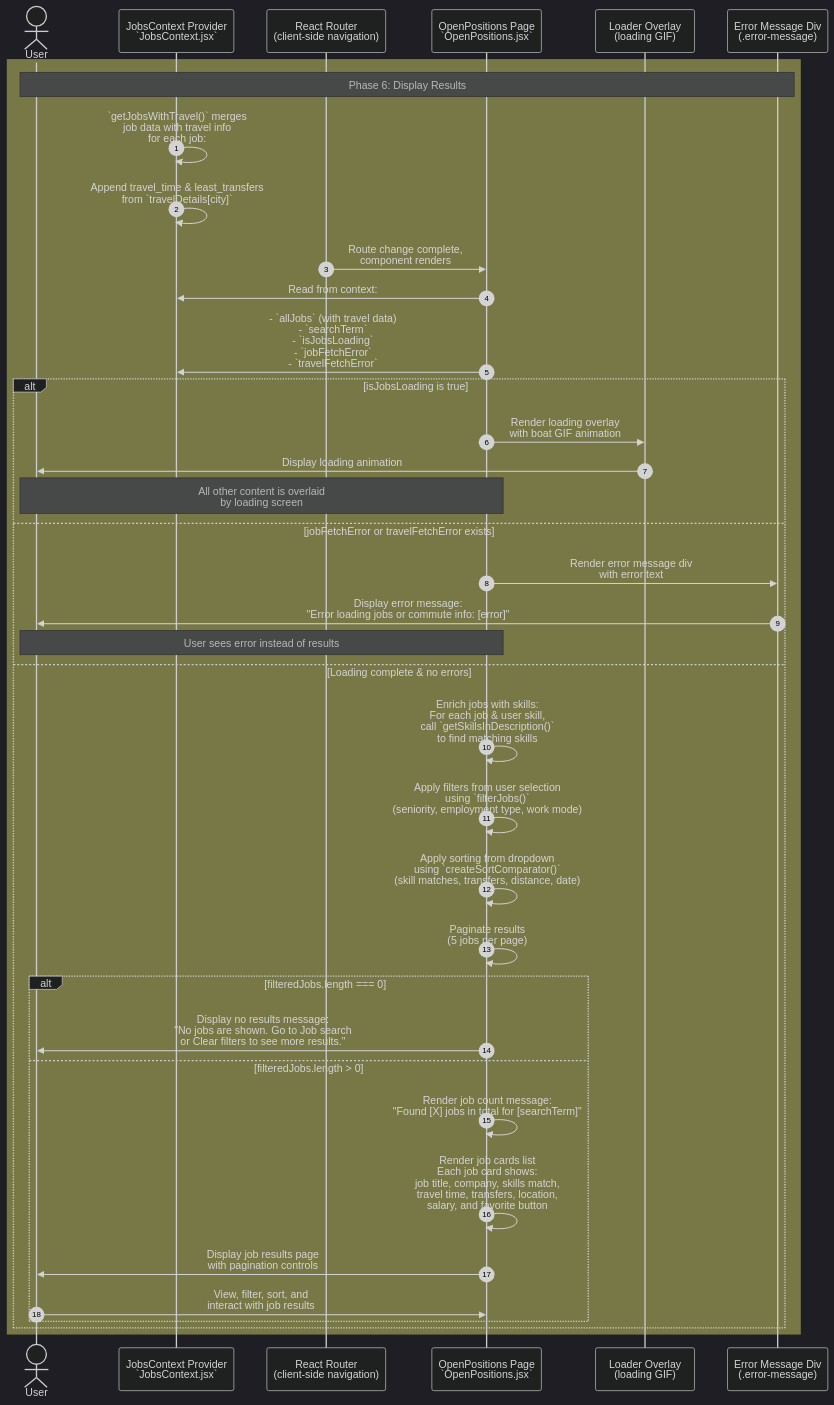
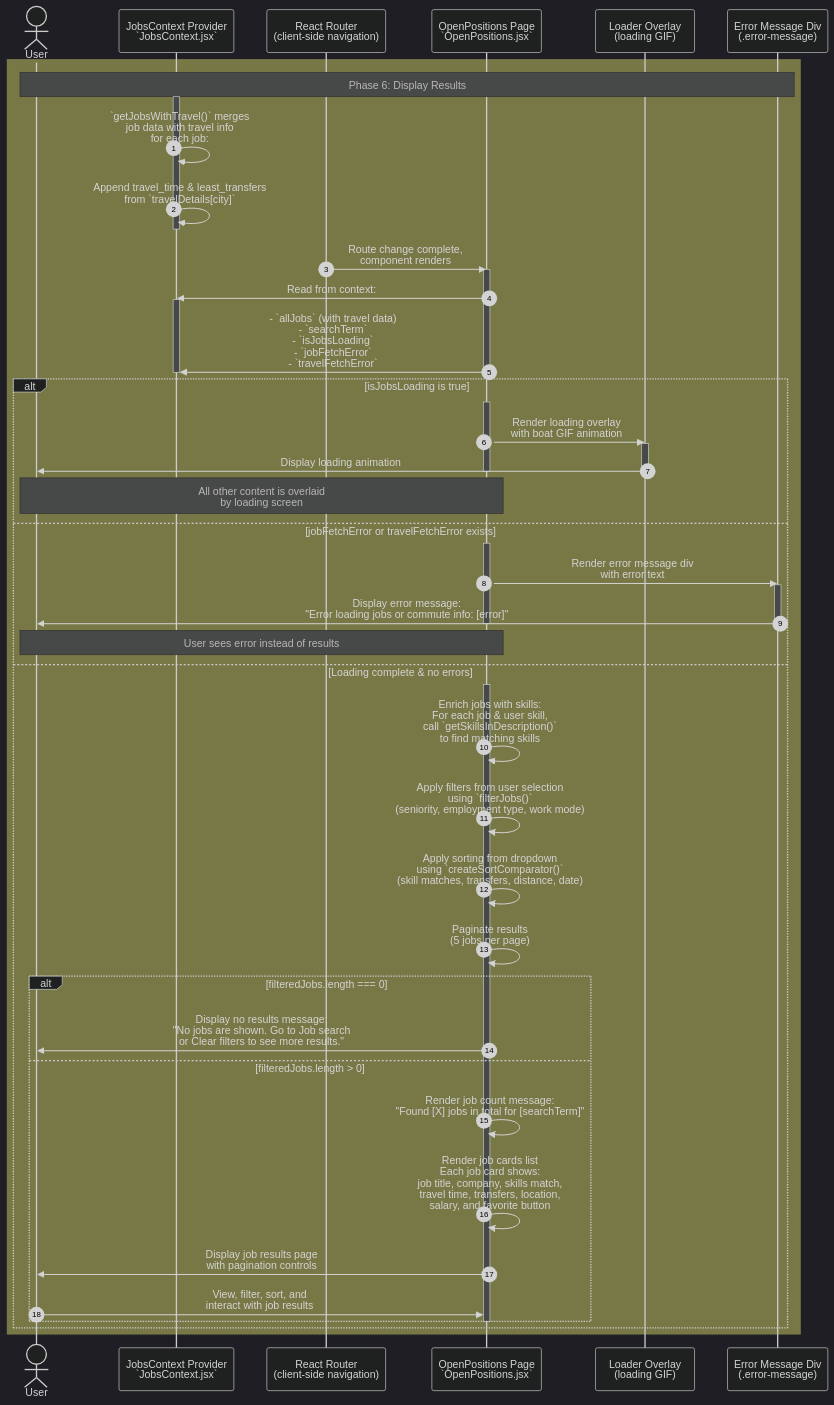
Before and after one commit to YahyaAl-Ademi/2025.10.23-JobCompass: the diagram in documentation/jobFetch/jobFetch-Phase6.md, drawn with Mermaid. The commit also changed 5 other files, not shown here.

Commit message:
Refine job fetch documentation with enhanced sequence diagrams for phases 1 to 6, incorporating activation and deactivation states for components, improving clarity on the flow of input validation, context updates, travel details fetching, and result display.

````diff
--- a/documentation/jobFetch/jobFetch-Phase6.md
+++ b/documentation/jobFetch/jobFetch-Phase6.md
@@ -1,51 +1,67 @@
 ```mermaid
 %%{init: {'theme': 'dark', 'themeVariables': { 'primaryColor':'#1a1a1a', 'primaryBorderColor':'#4a9eff', 'lineColor':'#4a9eff', 'tertiaryColor':'#2a2a2a', 'tertiaryBorderColor':'#4a9eff', 'tertiaryTextColor':'#ffffff'}, 'sequence': {'actorMargin': 50}}}%%
 sequenceDiagram
     autonumber
     actor User
     participant JobsContext as JobsContext Provider<br/>`JobsContext.jsx`
     participant Router as React Router<br/>(client-side navigation)
     participant OpenPositions as OpenPositions Page<br/>`OpenPositions.jsx`
     participant LoaderOverlay as Loader Overlay<br/>(loading GIF)
     participant ErrorDisplay as Error Message Div<br/>(.error-message)
 
     rect rgb(120, 120, 70)
     Note over User,ErrorDisplay: Phase 6: Display Results
+    activate JobsContext
     JobsContext->>JobsContext: `getJobsWithTravel()` merges<br/>job data with travel info<br/>for each job:
     JobsContext->>JobsContext: Append travel_time & least_transfers<br/>from `travelDetails[city]`
+    deactivate JobsContext
 
     Router->>OpenPositions: Route change complete,<br/>component renders
 
+    activate OpenPositions
     OpenPositions->>JobsContext: Read from context:
+    activate JobsContext
     OpenPositions->>JobsContext: - `allJobs` (with travel data)<br/>- `searchTerm`<br/>- `isJobsLoading`<br/>- `jobFetchError`<br/>- `travelFetchError`
+    deactivate JobsContext
+    deactivate OpenPositions
 
     alt isJobsLoading is true
+        activate OpenPositions
         OpenPositions->>LoaderOverlay: Render loading overlay<br/>with boat GIF animation
+        activate LoaderOverlay
         LoaderOverlay->>User: Display loading animation
+        deactivate LoaderOverlay
+        deactivate OpenPositions
         Note over OpenPositions,User: All other content is overlaid<br/>by loading screen
     else jobFetchError or travelFetchError exists
+        activate OpenPositions
         OpenPositions->>ErrorDisplay: Render error message div<br/>with error text
+        activate ErrorDisplay
         ErrorDisplay->>User: Display error message:<br/>"Error loading jobs or commute info: [error]"
+        deactivate ErrorDisplay
+        deactivate OpenPositions
         Note over OpenPositions,User: User sees error instead of results
     else Loading complete & no errors
+        activate OpenPositions
         OpenPositions->>OpenPositions: Enrich jobs with skills:<br/>For each job & user skill,<br/>call `getSkillsInDescription()`<br/>to find matching skills
 
         OpenPositions->>OpenPositions: Apply filters from user selection<br/>using `filterJobs()`<br/>(seniority, employment type, work mode)
 
         OpenPositions->>OpenPositions: Apply sorting from dropdown<br/>using `createSortComparator()`<br/>(skill matches, transfers, distance, date)
 
         OpenPositions->>OpenPositions: Paginate results<br/>(5 jobs per page)
 
         alt filteredJobs.length === 0
             OpenPositions->>User: Display no results message:<br/>"No jobs are shown. Go to Job search<br/>or Clear filters to see more results."
         else filteredJobs.length > 0
             OpenPositions->>OpenPositions: Render job count message:<br/>"Found [X] jobs in total for [searchTerm]"
             OpenPositions->>OpenPositions: Render job cards list<br/>Each job card shows:<br/>job title, company, skills match,<br/>travel time, transfers, location,<br/>salary, and favorite button
             OpenPositions->>User: Display job results page<br/>with pagination controls
 
             User->>OpenPositions: View, filter, sort, and<br/>interact with job results
         end
+        deactivate OpenPositions
     end
 
     end
 ```
````
